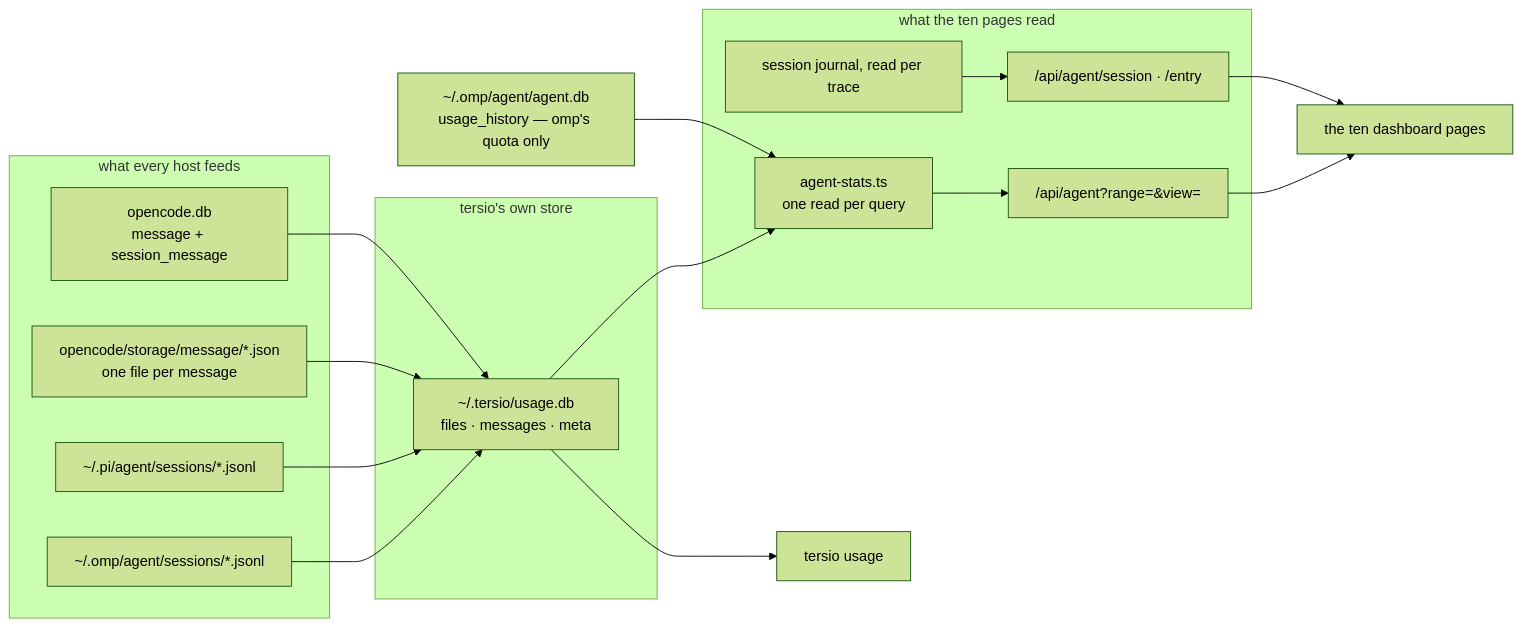
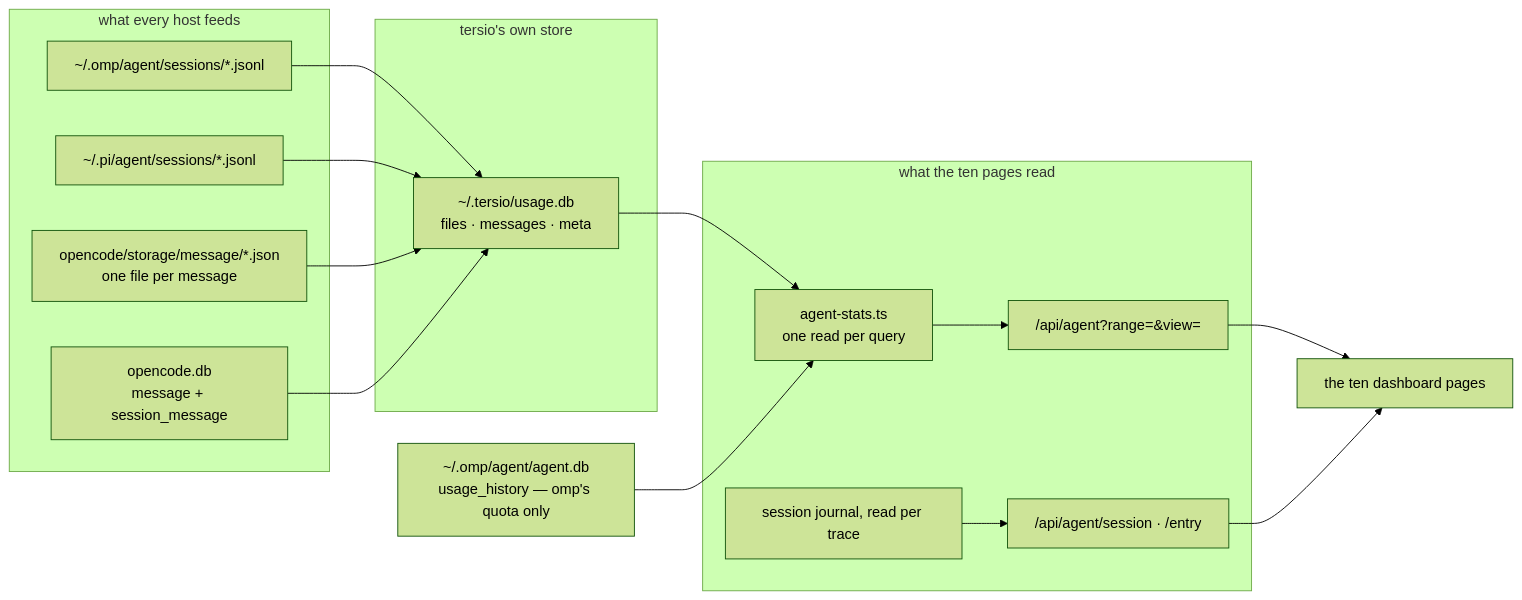
One commit to FrancoStino/tersio changed the fourth of 6 diagrams in docs/ARCHITECTURE.md. Above: the diagram before and after it, drawn with Mermaid (forest theme). The commit also changed other lines of this file and 11 other files, not shown here.

First line of the commit message:
refactor: drop the tersio usage command for the dashboard

````diff
--- a/docs/ARCHITECTURE.md
+++ b/docs/ARCHITECTURE.md
@@ -101,27 +100,25 @@
 ```mermaid
 flowchart LR
   subgraph FEED["what every host feeds"]
     OMPJ["~/.omp/agent/sessions/*.jsonl"]
     PIJ["~/.pi/agent/sessions/*.jsonl"]
     OCJ["opencode/storage/message/*.json<br/>one file per message"]
     OCD["opencode.db<br/>message + session_message"]
   end
   subgraph STORE["tersio's own store"]
     UDB["~/.tersio/usage.db<br/>files · messages · meta"]
   end
   subgraph READ["what the ten pages read"]
     ASTS["agent-stats.ts<br/>one read per query"]
     API["/api/agent?range=&view="]
     SESS["/api/agent/session · /entry"]
     JRN["session journal, read per trace"]
   end
   ADB["~/.omp/agent/agent.db<br/>usage_history — omp's quota only"]
   DASH["the ten dashboard pages"]
-  CLI["tersio usage"]
 
   OMPJ & PIJ & OCJ & OCD --> UDB
   UDB --> ASTS --> API --> DASH
-  UDB --> CLI
   JRN --> SESS --> DASH
   ADB --> ASTS
 ```
````
